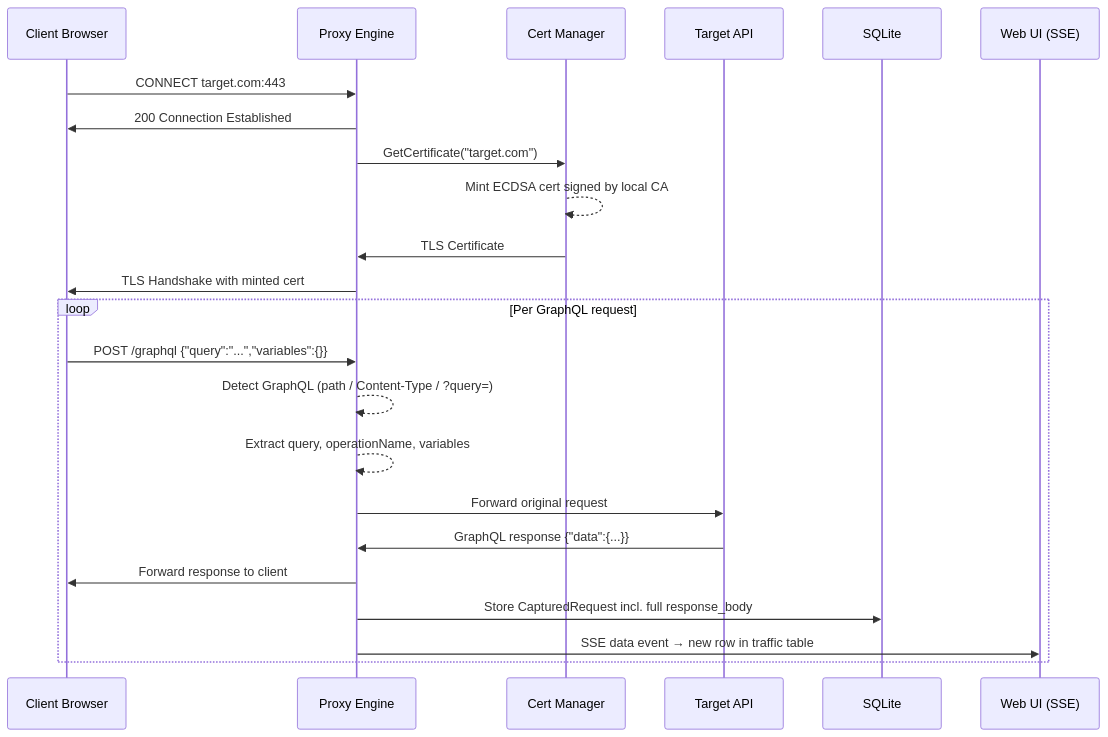
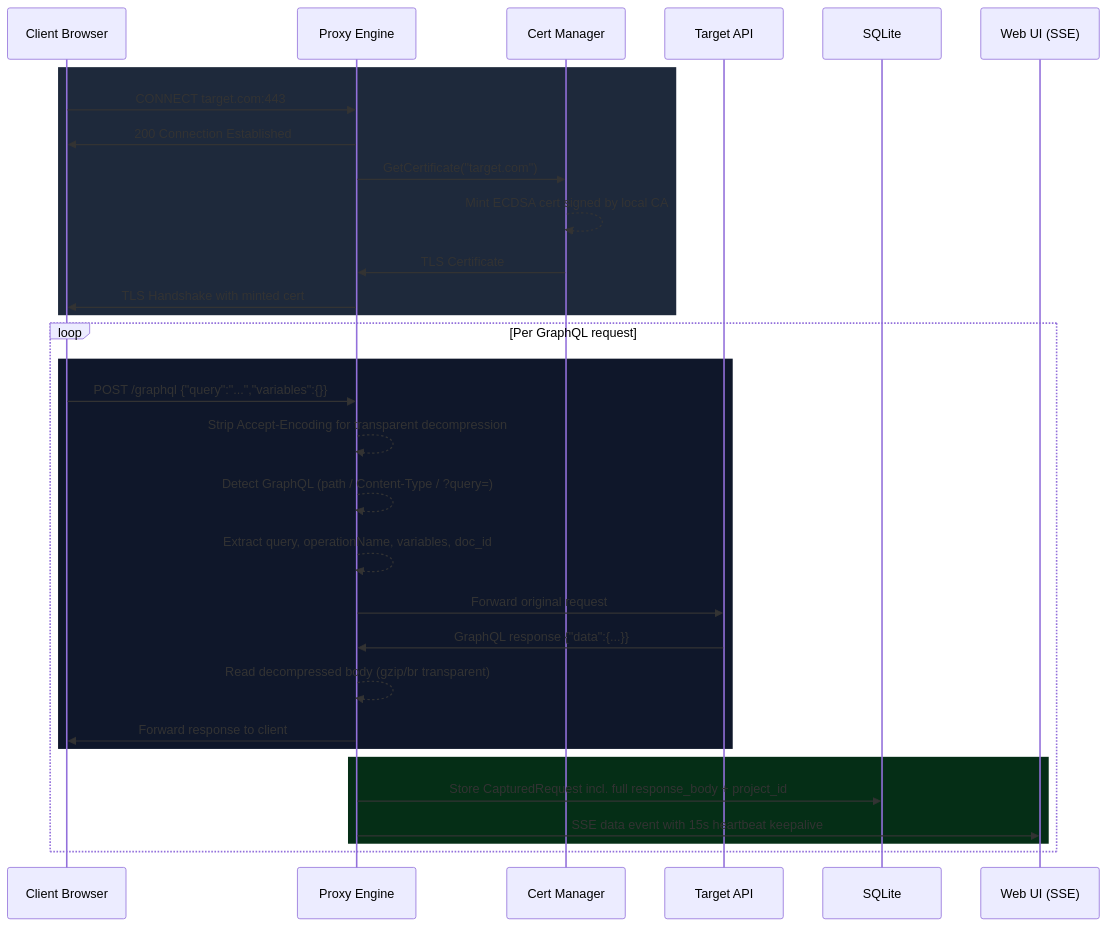
One commit to 0xDTC/0xGQLForge changed the third of 8 diagrams in README.md. Above: the diagram before and after it, drawn with Mermaid. The commit also changed other lines of this file and 9 other files, not shown here.

````diff
--- a/README.md
+++ b/README.md
@@ -246,28 +311,36 @@
 ```mermaid
 sequenceDiagram
     participant C as Client Browser
     participant P as Proxy Engine
     participant CA as Cert Manager
     participant T as Target API
     participant DB as SQLite
     participant UI as Web UI (SSE)
 
-    C->>P: CONNECT target.com:443
-    P->>C: 200 Connection Established
-    P->>CA: GetCertificate("target.com")
-    CA-->>CA: Mint ECDSA cert signed by local CA
-    CA->>P: TLS Certificate
-    P->>C: TLS Handshake with minted cert
+    rect rgb(30, 41, 59)
+        C->>P: CONNECT target.com:443
+        P->>C: 200 Connection Established
+        P->>CA: GetCertificate("target.com")
+        CA-->>CA: Mint ECDSA cert signed by local CA
+        CA->>P: TLS Certificate
+        P->>C: TLS Handshake with minted cert
+    end
 
     loop Per GraphQL request
-        C->>P: POST /graphql {"query":"...","variables":{}}
-        P-->>P: Detect GraphQL (path / Content-Type / ?query=)
-        P-->>P: Extract query, operationName, variables
-        P->>T: Forward original request
-        T->>P: GraphQL response {"data":{...}}
-        P->>C: Forward response to client
+        rect rgb(15, 23, 42)
+            C->>P: POST /graphql {"query":"...","variables":{}}
+            P-->>P: Strip Accept-Encoding for transparent decompression
+            P-->>P: Detect GraphQL (path / Content-Type / ?query=)
+            P-->>P: Extract query, operationName, variables, doc_id
+            P->>T: Forward original request
+            T->>P: GraphQL response {"data":{...}}
+            P-->>P: Read decompressed body (gzip/br transparent)
+            P->>C: Forward response to client
+        end
 
-        P->>DB: Store CapturedRequest incl. full response_body
-        P->>UI: SSE data event → new row in traffic table
+        rect rgb(5, 46, 22)
+            P->>DB: Store CapturedRequest incl. full response_body + project_id
+            P->>UI: SSE data event with 15s heartbeat keepalive
+        end
     end
 ```
````
